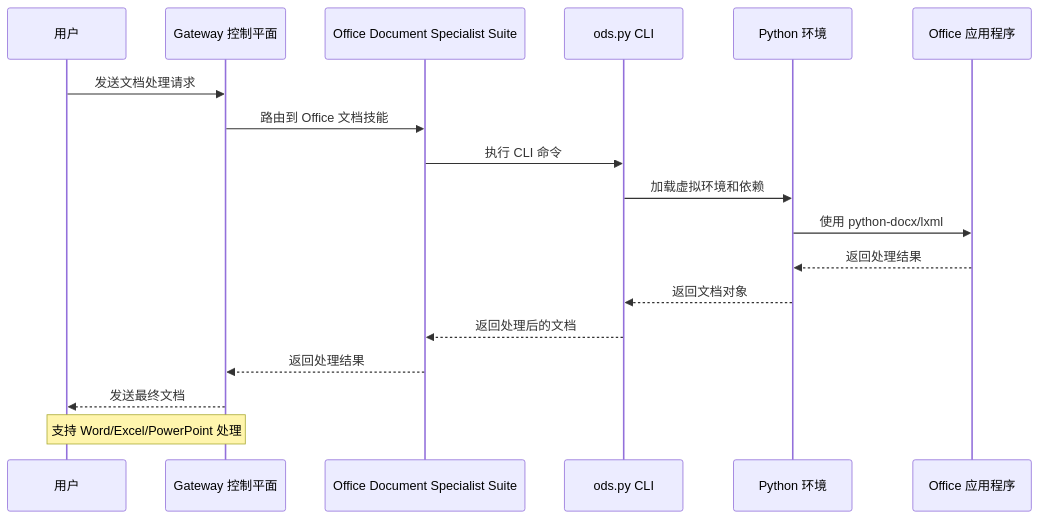
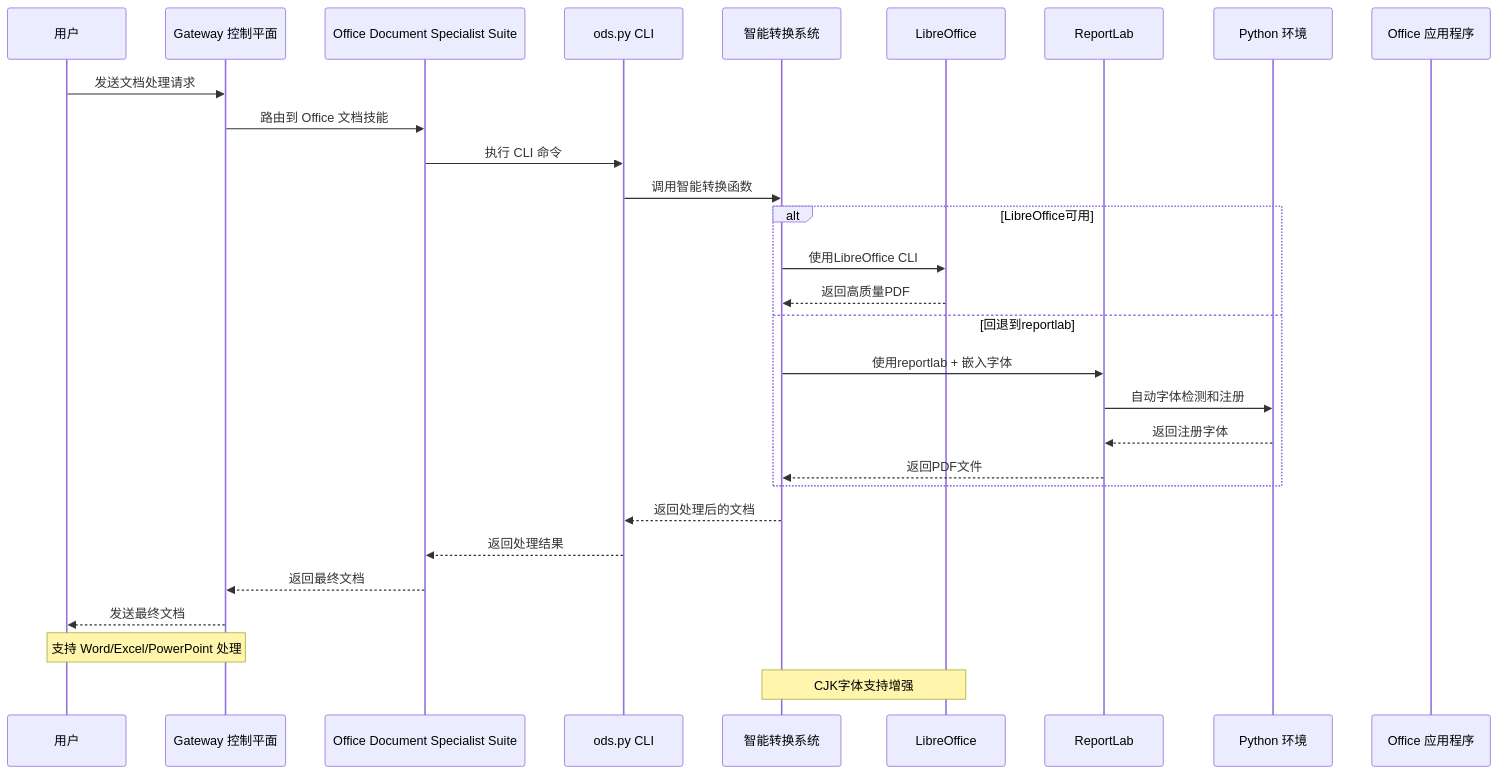
The second of 10 diagrams in .qoder/repowiki/zh/content/技能平台/内置技能/Office 文档专家套件.md (verse-ai-org/openclaw), drawn with Mermaid before and after one commit. The commit also changed other lines of this file and 13 other files, not shown here.

````diff
--- a/.qoder/repowiki/zh/content/技能平台/内置技能/Office 文档专家套件.md
+++ b/.qoder/repowiki/zh/content/技能平台/内置技能/Office 文档专家套件.md
@@ -148,20 +166,31 @@
 ```mermaid
 sequenceDiagram
 participant User as 用户
 participant Gateway as Gateway 控制平面
 participant Skill as Office Document Specialist Suite
 participant CLI as ods.py CLI
+participant Converter as 智能转换系统
+participant LibreOffice as LibreOffice
+participant ReportLab as ReportLab
 participant Python as Python 环境
 participant Office as Office 应用程序
 User->>Gateway : 发送文档处理请求
 Gateway->>Skill : 路由到 Office 文档技能
 Skill->>CLI : 执行 CLI 命令
-CLI->>Python : 加载虚拟环境和依赖
-Python->>Office : 使用 python-docx/lxml
-Office-->>Python : 返回处理结果
-Python-->>CLI : 返回文档对象
-CLI-->>Skill : 返回处理后的文档
-Skill-->>Gateway : 返回处理结果
+CLI->>Converter : 调用智能转换函数
+alt LibreOffice可用
+Converter->>LibreOffice : 使用LibreOffice CLI
+LibreOffice-->>Converter : 返回高质量PDF
+else 回退到reportlab
+Converter->>ReportLab : 使用reportlab + 嵌入字体
+ReportLab->>Python : 自动字体检测和注册
+Python-->>ReportLab : 返回注册字体
+ReportLab-->>Converter : 返回PDF文件
+end
+Converter-->>CLI : 返回处理后的文档
+CLI-->>Skill : 返回处理结果
+Skill-->>Gateway : 返回最终文档
 Gateway-->>User : 发送最终文档
 Note over User,Gateway : 支持 Word/Excel/PowerPoint 处理
+Note over Converter,LibreOffice : CJK字体支持增强
 ```
````
